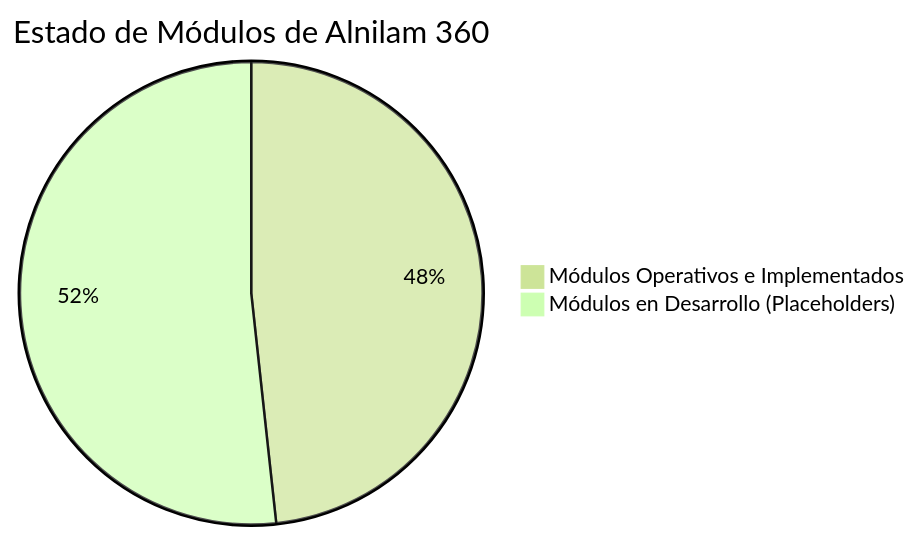
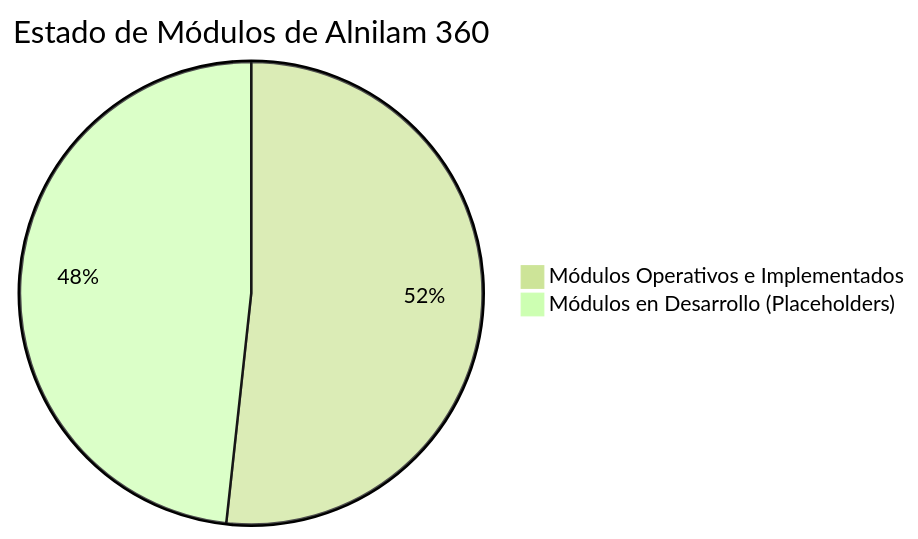
The diagram in documentacion_funcionalidades_alnilam360.md (alnilam360/alnilam-360), drawn with Mermaid (forest theme) before and after one commit. The commit also changed other lines of this file and 7 other files, not shown here.

````diff
--- a/documentacion_funcionalidades_alnilam360.md
+++ b/documentacion_funcionalidades_alnilam360.md
@@ -158,5 +158,5 @@
 ```mermaid
 pie title Estado de Módulos de Alnilam 360
-    "Módulos Operativos e Implementados" : 14
-    "Módulos en Desarrollo (Placeholders)" : 15
+    "Módulos Operativos e Implementados" : 15
+    "Módulos en Desarrollo (Placeholders)" : 14
 ```
````
